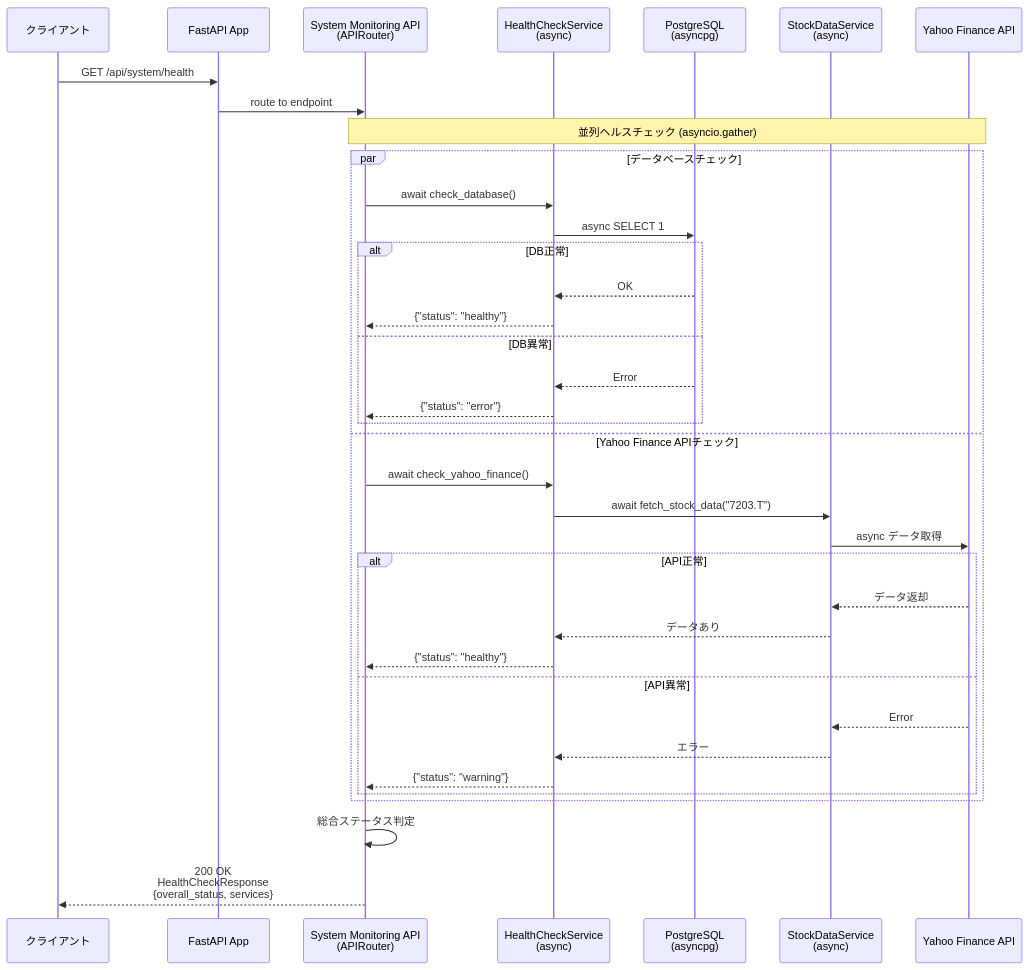
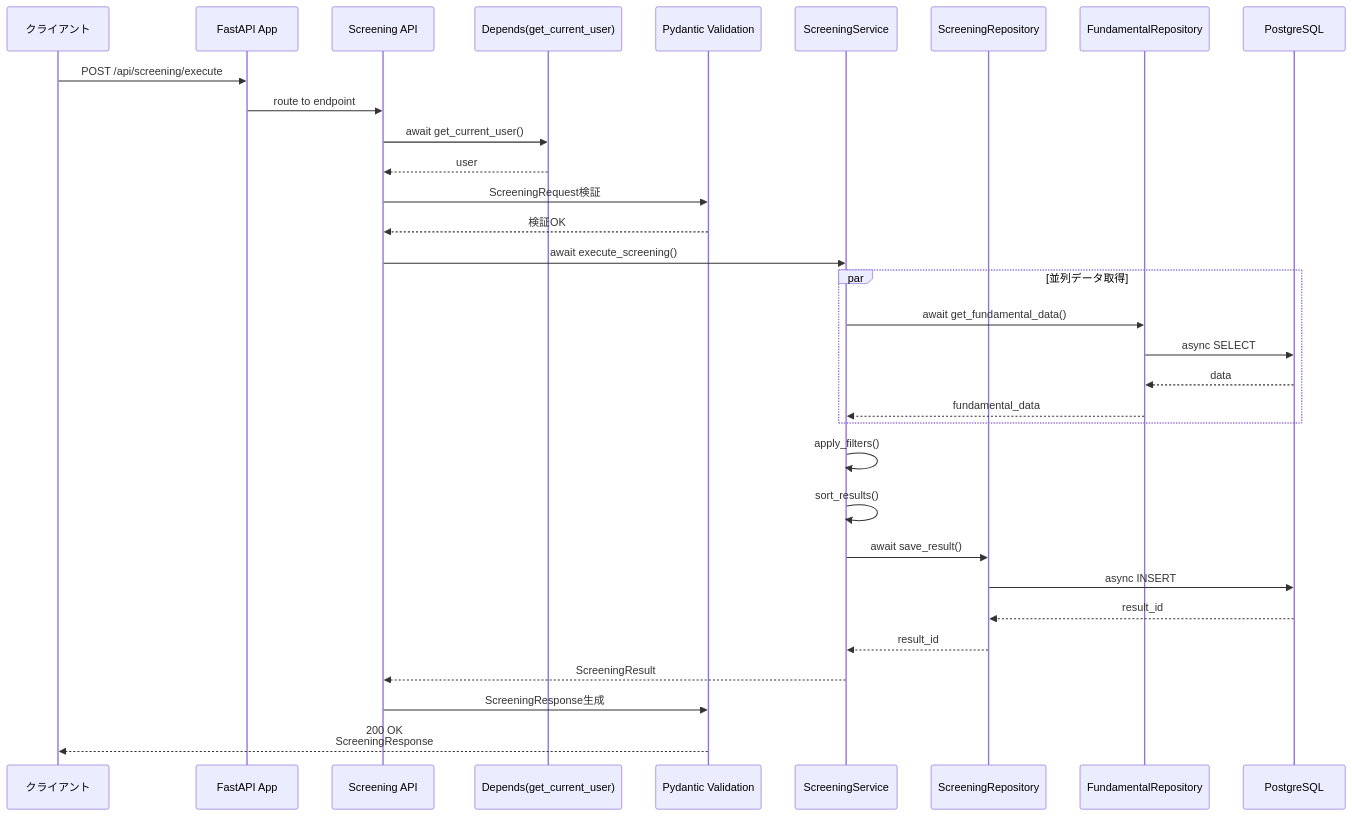
The eighth of 9 diagrams in docs/architecture/layers/api_layer.md (TIMMY-WEST/STOCK-INVESTMENT-ANALYZER), drawn with Mermaid before and after one commit. The commit also changed other lines of this file and 1 other file, not shown here.

````diff
--- a/docs/architecture/layers/api_layer.md
+++ b/docs/architecture/layers/api_layer.md
@@ -596,43 +603,43 @@
 ```mermaid
 sequenceDiagram
     participant Client as クライアント
     participant FastAPI as FastAPI App
-    participant SysAPI as System Monitoring API<br/>(APIRouter)
-    participant HealthSvc as HealthCheckService<br/>(async)
-    participant DB as PostgreSQL<br/>(asyncpg)
-    participant StockSvc as StockDataService<br/>(async)
-    participant YFinance as Yahoo Finance API
+    participant ScreeningAPI as Screening API
+    participant Auth as Depends(get_current_user)
+    participant Pydantic as Pydantic Validation
+    participant ScreeningSvc as ScreeningService
+    participant ScreeningRepo as ScreeningRepository
+    participant FundamentalRepo as FundamentalRepository
+    participant DB as PostgreSQL
 
-    Client->>FastAPI: GET /api/system/health
-    FastAPI->>SysAPI: route to endpoint
+    Client->>FastAPI: POST /api/screening/execute
+    FastAPI->>ScreeningAPI: route to endpoint
 
-    Note over SysAPI,YFinance: 並列ヘルスチェック (asyncio.gather)
+    ScreeningAPI->>Auth: await get_current_user()
+    Auth-->>ScreeningAPI: user
 
-    par データベースチェック
-        SysAPI->>HealthSvc: await check_database()
-        HealthSvc->>DB: async SELECT 1
-        alt DB正常
-            DB-->>HealthSvc: OK
-            HealthSvc-->>SysAPI: {"status": "healthy"}
-        else DB異常
-            DB-->>HealthSvc: Error
-            HealthSvc-->>SysAPI: {"status": "error"}
-        end
-    and Yahoo Finance APIチェック
-        SysAPI->>HealthSvc: await check_yahoo_finance()
-        HealthSvc->>StockSvc: await fetch_stock_data("7203.T")
-        StockSvc->>YFinance: async データ取得
-        alt API正常
-            YFinance-->>StockSvc: データ返却
-            StockSvc-->>HealthSvc: データあり
-            HealthSvc-->>SysAPI: {"status": "healthy"}
-        else API異常
-            YFinance-->>StockSvc: Error
-            StockSvc-->>HealthSvc: エラー
-            HealthSvc-->>SysAPI: {"status": "warning"}
-        end
+    ScreeningAPI->>Pydantic: ScreeningRequest検証
+    Pydantic-->>ScreeningAPI: 検証OK
+
+    ScreeningAPI->>ScreeningSvc: await execute_screening()
+
+    par 並列データ取得
+        ScreeningSvc->>FundamentalRepo: await get_fundamental_data()
+        FundamentalRepo->>DB: async SELECT
+        DB-->>FundamentalRepo: data
+        FundamentalRepo-->>ScreeningSvc: fundamental_data
     end
 
-    SysAPI->>SysAPI: 総合ステータス判定
-    SysAPI-->>Client: 200 OK<br/>HealthCheckResponse<br/>{overall_status, services}
+    ScreeningSvc->>ScreeningSvc: apply_filters()
+    ScreeningSvc->>ScreeningSvc: sort_results()
+
+    ScreeningSvc->>ScreeningRepo: await save_result()
+    ScreeningRepo->>DB: async INSERT
+    DB-->>ScreeningRepo: result_id
+    ScreeningRepo-->>ScreeningSvc: result_id
+
+    ScreeningSvc-->>ScreeningAPI: ScreeningResult
+
+    ScreeningAPI->>Pydantic: ScreeningResponse生成
+    Pydantic-->>Client: 200 OK<br/>ScreeningResponse
 ```
````
